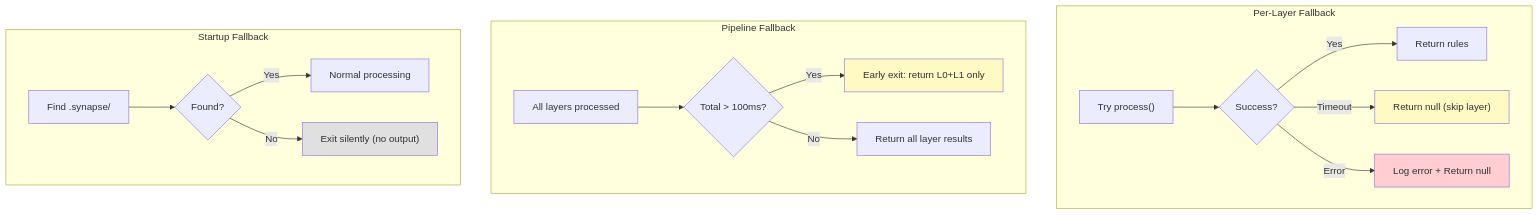
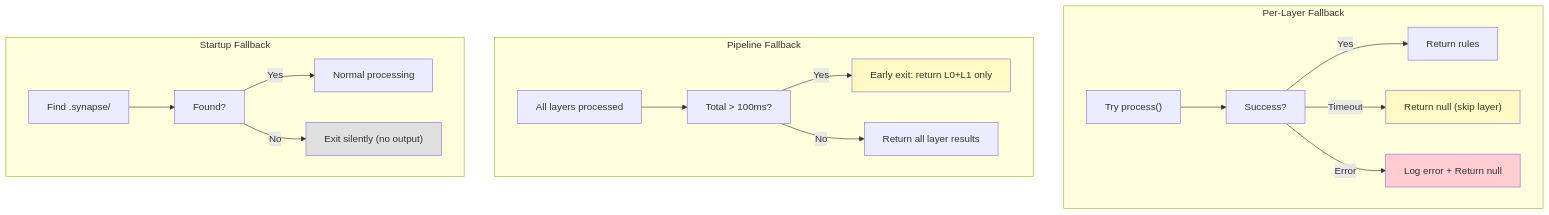
Before and after one commit to bychrisr/aios-docs: the third of 3 diagrams in content/en/docs/architecture/SYNAPSE/docs/DESIGN-SYNAPSE-ENGINE.mdx, drawn with Mermaid. The commit also changed other lines of this file and 40 other files, not shown here.

````diff
--- a/content/en/docs/architecture/SYNAPSE/docs/DESIGN-SYNAPSE-ENGINE.mdx
+++ b/content/en/docs/architecture/SYNAPSE/docs/DESIGN-SYNAPSE-ENGINE.mdx
@@ -733,26 +733,26 @@
 ```mermaid
 flowchart TD
     subgraph LAYER_FALLBACK["Per-Layer Fallback"]
-        TRY["Try process()"] --> CHECK{"Success?"}
+        TRY["Try process()"] --> CHECK["Success?"]
         CHECK -->|"Yes"| RETURN["Return rules"]
         CHECK -->|"Timeout"| SKIP["Return null (skip layer)"]
         CHECK -->|"Error"| LOG["Log error + Return null"]
     end
 
     subgraph PIPELINE_FALLBACK["Pipeline Fallback"]
-        P1["All layers processed"] --> P2{"Total > 100ms?"}
+        P1["All layers processed"] --> P2["Total > 100ms?"]
         P2 -->|"Yes"| P3["Early exit: return L0+L1 only"]
         P2 -->|"No"| P4["Return all layer results"]
     end
 
     subgraph STARTUP_FALLBACK["Startup Fallback"]
-        S1["Find .synapse/"] --> S2{"Found?"}
+        S1["Find .synapse/"] --> S2["Found?"]
         S2 -->|"Yes"| S3["Normal processing"]
         S2 -->|"No"| S4["Exit silently (no output)"]
     end
 
     style SKIP fill:#fff9c4
     style LOG fill:#ffcdd2
     style P3 fill:#fff9c4
     style S4 fill:#e0e0e0
 ```
````
